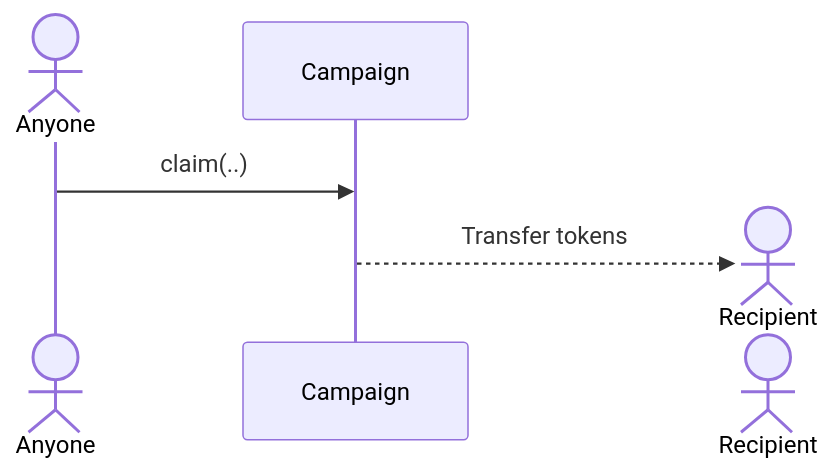
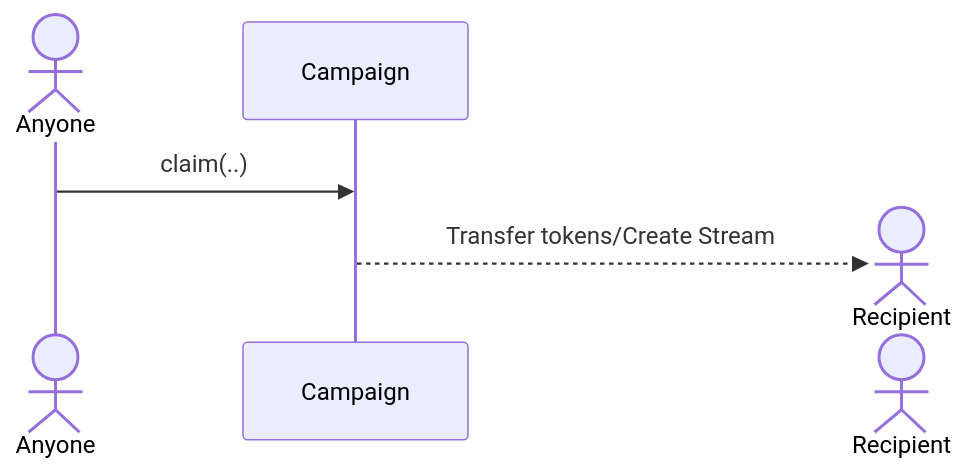
Before and after one commit to sablier-labs/docs: the first of 4 diagrams in docs/reference/airdrops/03-access-control.md, drawn with Mermaid. The commit also changed other lines of this file and 274 other files, not shown here.

````diff
--- a/docs/reference/airdrops/03-access-control.md
+++ b/docs/reference/airdrops/03-access-control.md
@@ -41,8 +44,8 @@
 ```mermaid
 sequenceDiagram
   actor Anyone
 
   Anyone ->> Campaign: claim(..)
   Create actor Recipient
-  Campaign -->> Recipient: Transfer tokens
+  Campaign -->> Recipient: Transfer tokens/Create Stream
 ```
````
